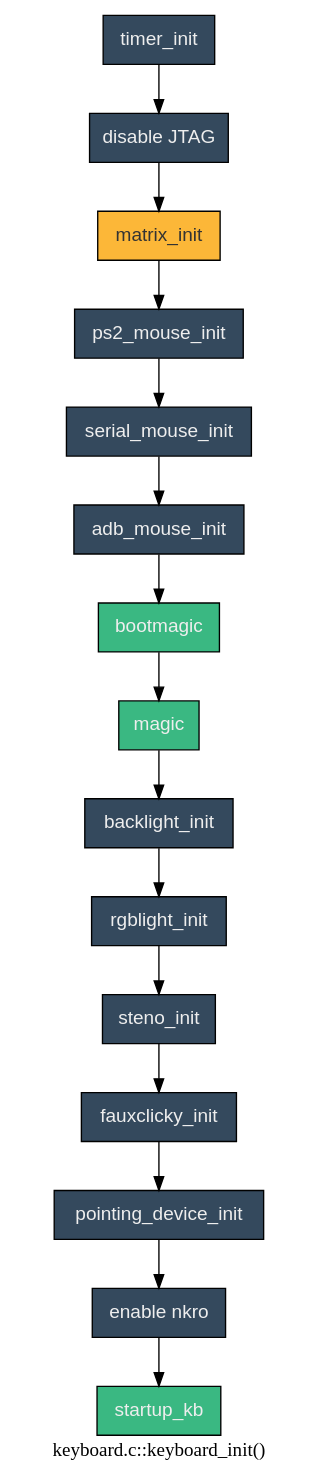
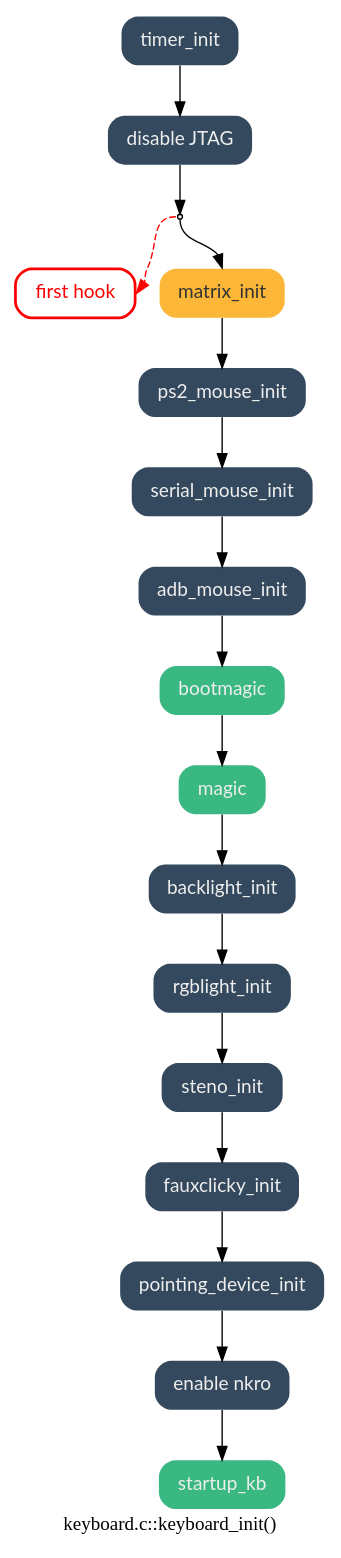
The diagram in docs/qmk_lifecycle.dot (yanfali/qmk_firmware), drawn with Graphviz before and after one commit.

Commit message:
Updates from Jack and a temporary hook

```diff
--- a/docs/qmk_lifecycle.dot
+++ b/docs/qmk_lifecycle.dot
@@ -1,22 +1,26 @@
 digraph {
-  node [shape=box,style=filled,fontcolor="#eeeeee",fillcolor="#34495D",fontname="helvetica"];
+  node [shape=Mrecord,style="filled,setlinewidth(0)",fontcolor="#eeeeee",fillcolor="#34495D",fontname="Lato",margin="0.2,0.055"]
   "bootmagic" [fillcolor="#3ab882"]
   "magic" [fillcolor="#3ab882"]
   "startup_kb" [fillcolor="#3ab882"]
   "matrix_init" [fillcolor="#fcb738", fontcolor="#333333"]
+  "" [fillcolor="#eeeeee",shape=point]
+  "first hook" [fontcolor="red",fillcolor="none",style="none,setlinewidth(2)",color=red];
   label="keyboard.c::keyboard_init()";
   "timer_init" -> "disable JTAG";
-  "disable JTAG" -> "matrix_init";
+  "disable JTAG" -> "";
+  "":w -> "first hook":e [style=dashed,color=red];
+  "":s -> "matrix_init":n;
   "matrix_init" -> "ps2_mouse_init";
   "ps2_mouse_init" -> "serial_mouse_init";
   "serial_mouse_init" -> "adb_mouse_init";
   "adb_mouse_init" -> "bootmagic";
   "bootmagic" -> "magic";
   "magic" -> "backlight_init";
   "backlight_init" -> "rgblight_init";
   "rgblight_init" -> "steno_init";
   "steno_init" -> "fauxclicky_init";
   "fauxclicky_init" -> "pointing_device_init";
   "pointing_device_init" -> "enable nkro";
   "enable nkro" -> "startup_kb";
 }
```
